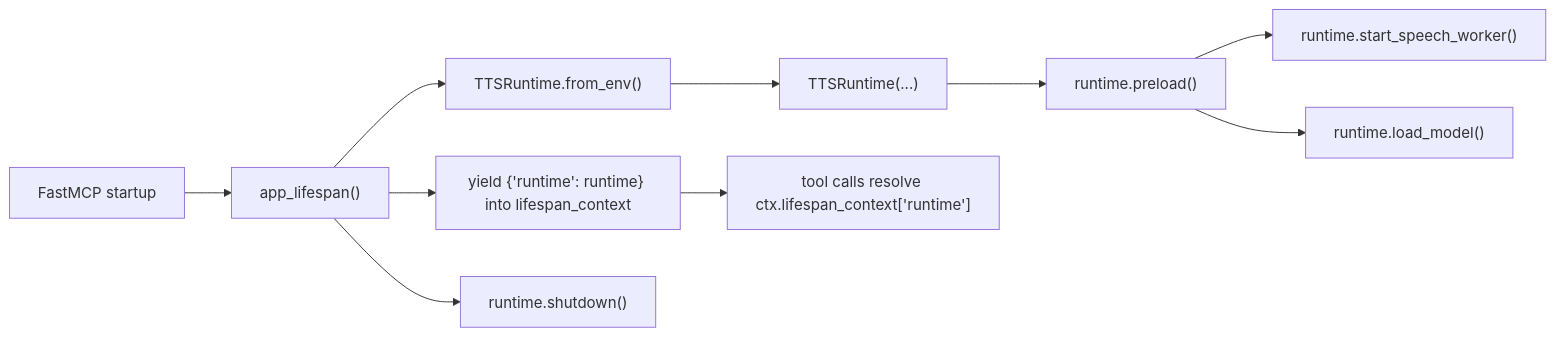
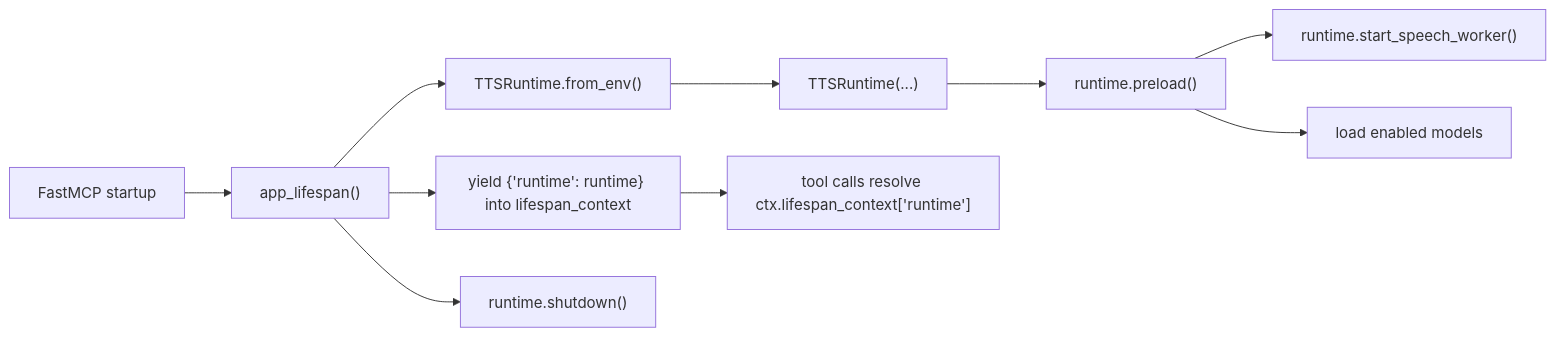
Before and after one commit to gaelic-ghost/speak-to-user: the first of 8 diagrams in WORKFLOWS.md, drawn with Mermaid. The commit also changed other lines of this file and 1 other file, not shown here.

Commit message:
Refresh roadmap and workflow docs

````diff
--- a/WORKFLOWS.md
+++ b/WORKFLOWS.md
@@ -7,12 +7,12 @@
 ```mermaid
 flowchart LR
     A["FastMCP startup"] --> B["app_lifespan()"]
     B --> C["TTSRuntime.from_env()"]
     C --> D["TTSRuntime(...)"]
     D --> E["runtime.preload()"]
     E --> F["runtime.start_speech_worker()"]
-    E --> G["runtime.load_model()"]
+    E --> G["load enabled models"]
     B --> H["yield {'runtime': runtime} into lifespan_context"]
     H --> I["tool calls resolve ctx.lifespan_context['runtime']"]
     B --> J["runtime.shutdown()"]
 ```
````
